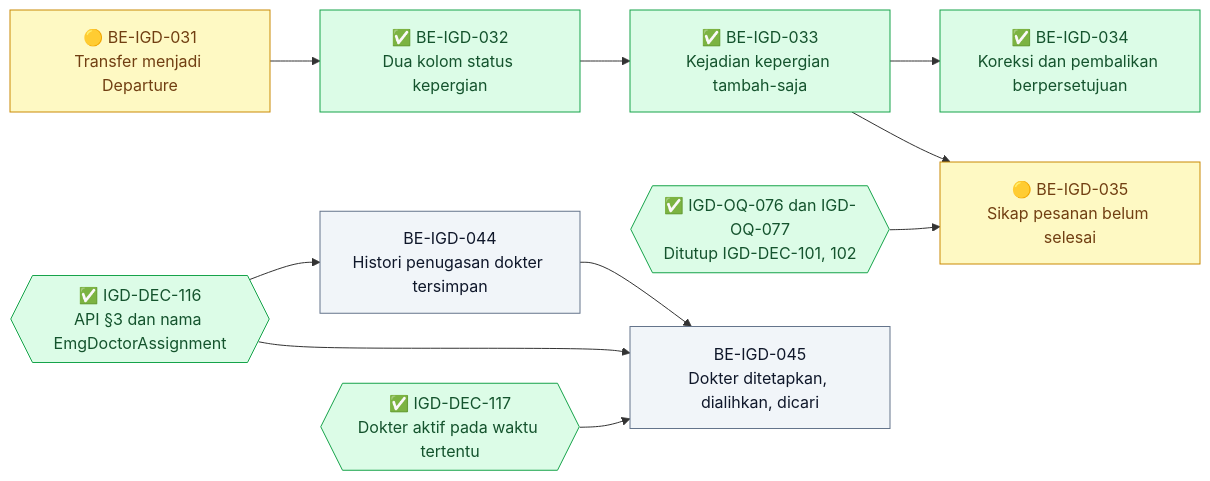
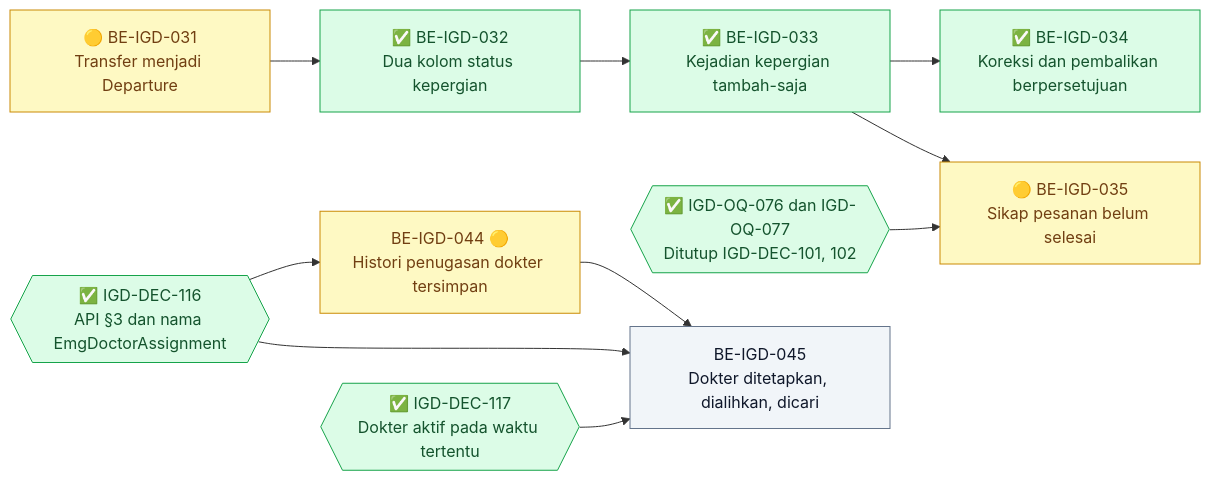
One commit to DevBenari/NewQuilvianSystemBackend changed the fifth of 8 diagrams in docs/module-blueprints/igd/roadmap/backend-roadmap.md. Above: the diagram before and after it, drawn with Mermaid. The commit also changed other lines of this file and 8 other files, not shown here.

Commit message:
update emergency assessment dan menambahkan task penugasan dokter dpjp igd

````diff
--- a/docs/module-blueprints/igd/roadmap/backend-roadmap.md
+++ b/docs/module-blueprints/igd/roadmap/backend-roadmap.md
@@ -872,29 +872,29 @@
 ```mermaid
 flowchart LR
     classDef selesai fill:#DCFCE7,stroke:#16A34A,color:#14532D
     classDef sebagian fill:#FEF9C3,stroke:#CA8A04,color:#713F12
     classDef terblokir fill:#FEE2E2,stroke:#DC2626,color:#7F1D1D
     classDef belum fill:#F1F5F9,stroke:#64748B,color:#0F172A
     classDef luar fill:#EDE9FE,stroke:#7C3AED,color:#3B0764
 
     BEIGD031["🟡 BE-IGD-031<br/>Transfer menjadi Departure"]:::sebagian
     BEIGD032["✅ BE-IGD-032<br/>Dua kolom status kepergian"]:::selesai
     BEIGD033["✅ BE-IGD-033<br/>Kejadian kepergian tambah-saja"]:::selesai
     BEIGD034["✅ BE-IGD-034<br/>Koreksi dan pembalikan berpersetujuan"]:::selesai
     BEIGD035["🟡 BE-IGD-035<br/>Sikap pesanan belum selesai"]:::sebagian
     OQ076{{"✅ IGD-OQ-076 dan IGD-OQ-077<br/>Ditutup IGD-DEC-101, 102"}}:::selesai
-    BEIGD044["BE-IGD-044<br/>Histori penugasan dokter tersimpan"]:::belum
+    BEIGD044["BE-IGD-044 🟡<br/>Histori penugasan dokter tersimpan"]:::sebagian
     BEIGD045["BE-IGD-045<br/>Dokter ditetapkan, dialihkan, dicari"]:::belum
     DEC116{{"✅ IGD-DEC-116<br/>API §3 dan nama EmgDoctorAssignment"}}:::selesai
     DEC117{{"✅ IGD-DEC-117<br/>Dokter aktif pada waktu tertentu"}}:::selesai
 
     BEIGD031 --> BEIGD032
     BEIGD032 --> BEIGD033
     BEIGD033 --> BEIGD034
     BEIGD033 --> BEIGD035
     OQ076 --> BEIGD035
     DEC116 --> BEIGD044
     BEIGD044 --> BEIGD045
     DEC116 --> BEIGD045
     DEC117 --> BEIGD045
 ```
````
